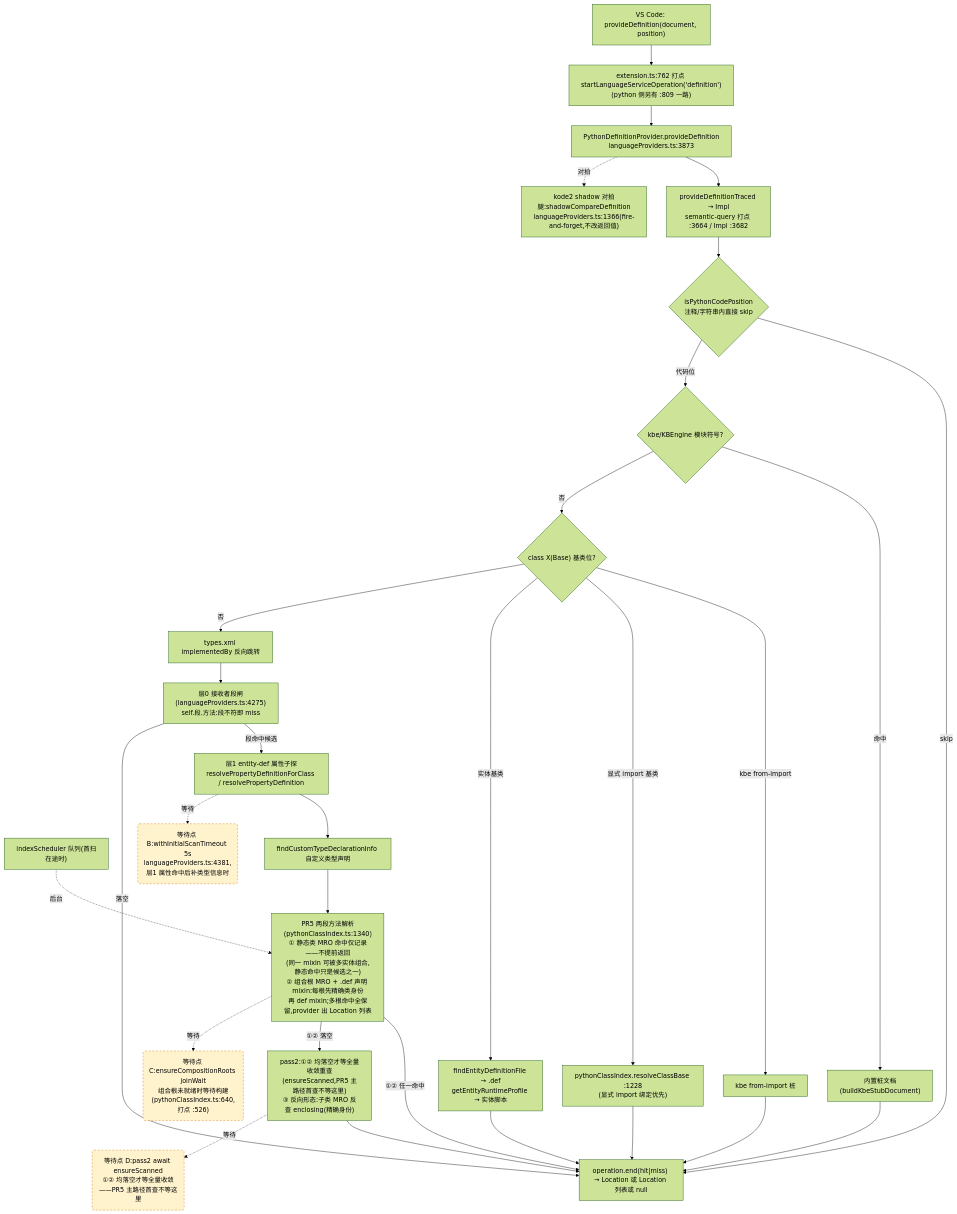
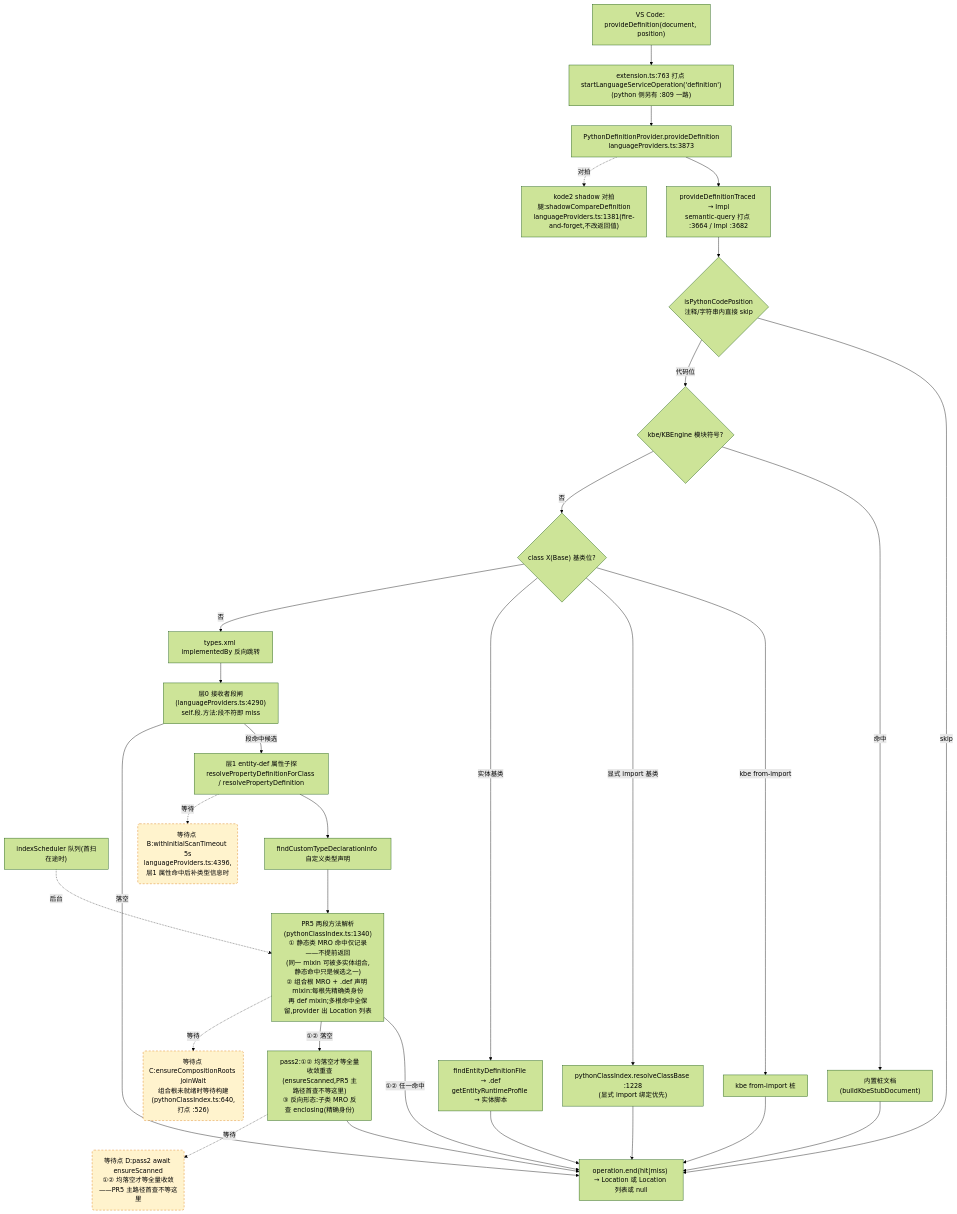
Before and after one commit to cuihairu/kode: the second of 4 diagrams in docs/perf/2026-baseline.md, drawn with Mermaid (forest theme). The commit also changed other lines of this file and 14 other files, not shown here.

````diff
--- a/docs/perf/2026-baseline.md
+++ b/docs/perf/2026-baseline.md
@@ -130,51 +130,51 @@
 ```mermaid
 flowchart TD
   VC2["VS Code: provideDefinition(document, position)"]
-  M2["extension.ts:762 打点 startLanguageServiceOperation('definition')<br/>(python 侧另有 :809 一路)"]
+  M2["extension.ts:763 打点 startLanguageServiceOperation('definition')<br/>(python 侧另有 :809 一路)"]
   AD2["PythonDefinitionProvider.provideDefinition<br/>languageProviders.ts:3873"]
   TR["provideDefinitionTraced → Impl<br/>semantic-query 打点 :3664 / Impl :3682"]
   CTX{"isPythonCodePosition<br/>注释/字符串内直接 skip"}
   KBE{"kbe/KBEngine 模块符号?"}
   STUB["内置桩文档(buildKbeStubDocument)"]
   CB{"class X(Base) 基类位?"}
   CB1["kbe from-import 桩"]
   CB2["pythonClassIndex.resolveClassBase :1228<br/>(显式 import 绑定优先)"]
   CB3["findEntityDefinitionFile → .def<br/>getEntityRuntimeProfile → 实体脚本"]
   REV["types.xml implementedBy 反向跳转"]
-  L0["层0 接收者段闸(languageProviders.ts:4275)<br/>self.段.方法:段不符即 miss"]
+  L0["层0 接收者段闸(languageProviders.ts:4290)<br/>self.段.方法:段不符即 miss"]
   L1["层1 entity-def 属性子探<br/>resolvePropertyDefinitionForClass / resolvePropertyDefinition"]
   SCAN["indexScheduler 队列(首扫在途时)"]
   TY["findCustomTypeDeclarationInfo 自定义类型声明"]
   MRO["PR5 两段方法解析(pythonClassIndex.ts:1340)<br/>① 静态类 MRO 命中仅记录——不提前返回<br/>(同一 mixin 可被多实体组合,静态命中只是候选之一)<br/>② 组合根 MRO + .def 声明 mixin:每根先精确类身份<br/>再 def mixin;多根命中全保留,provider 出 Location 列表"]
   PASS2["pass2:①② 均落空才等全量收敛重查<br/>(ensureScanned,PR5 主路径首查不等这里)<br/>③ 反向形态:子类 MRO 反查 enclosing(精确身份)"]
-  SHD["kode2 shadow 对拍腿:shadowCompareDefinition<br/>languageProviders.ts:1366(fire-and-forget,不改返回值)"]
+  SHD["kode2 shadow 对拍腿:shadowCompareDefinition<br/>languageProviders.ts:1381(fire-and-forget,不改返回值)"]
   END2["operation.end(hit|miss) → Location 或 Location 列表或 null"]
 
   VC2 --> M2 --> AD2 --> TR --> CTX
   CTX -- "skip" --> END2
   CTX -- "代码位" --> KBE
   KBE -- "命中" --> STUB --> END2
   KBE -- "否" --> CB
   CB -- "kbe from-import" --> CB1 --> END2
   CB -- "显式 import 基类" --> CB2 --> END2
   CB -- "实体基类" --> CB3 --> END2
   CB -- "否" --> REV --> L0
   L0 -- "段命中候选" --> L1
   L0 -- "落空" --> END2
   L1 --> TY
   TY --> MRO
   MRO -- "①② 任一命中" --> END2
   MRO -- "①② 落空" --> PASS2 --> END2
   AD2 -.->|对拍| SHD
 
-  WAITB("等待点 B:withInitialScanTimeout 5s<br/>languageProviders.ts:4381,层1 属性命中后补类型信息时")
+  WAITB("等待点 B:withInitialScanTimeout 5s<br/>languageProviders.ts:4396,层1 属性命中后补类型信息时")
   WAITC("等待点 C:ensureCompositionRoots joinWait<br/>组合根未就绪时等待构建(pythonClassIndex.ts:640,打点 :526)")
   WAITD("等待点 D:pass2 await ensureScanned<br/>①② 均落空才等全量收敛——PR5 主路径首查不等这里")
   L1 -.->|等待| WAITB
   MRO -.->|等待| WAITC
   PASS2 -.->|等待| WAITD
   SCAN -.->|后台| MRO
 
   classDef waitPoint fill:#fff3cd,stroke:#d97706,stroke-dasharray:5 4;
   class WAITB,WAITC,WAITD waitPoint;
 ```
````
